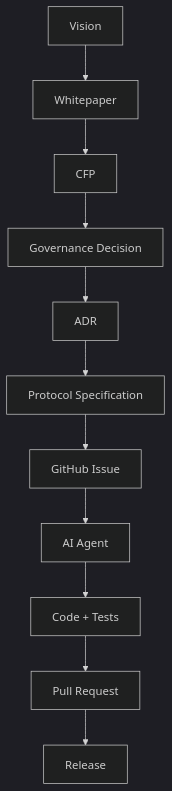
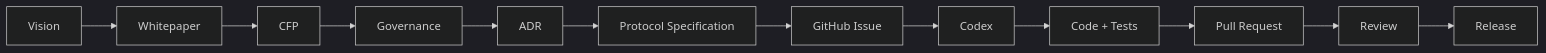
Before and after one commit to ShigeichiroYamasaki/creator-first-platform: the fifth of 5 diagrams in docs/index.md, drawn with Mermaid (dark theme). The commit also changed other lines of this file and 1 other file, not shown here.

````diff
--- a/docs/index.md
+++ b/docs/index.md
@@ -163,16 +225,17 @@
 ```mermaid
-flowchart TD
+flowchart LR
     VISION[Vision]
     WP[Whitepaper]
     CFP[CFP]
-    GOV[Governance Decision]
+    GOV[Governance]
     ADR[ADR]
     SPEC[Protocol Specification]
     ISSUE[GitHub Issue]
-    AI[AI Agent]
+    AI[Codex]
     CODE[Code + Tests]
     PR[Pull Request]
+    REVIEW[Review]
     RELEASE[Release]
 
-    VISION --> WP --> CFP --> GOV --> ADR --> SPEC --> ISSUE --> AI --> CODE --> PR --> RELEASE
+    VISION --> WP --> CFP --> GOV --> ADR --> SPEC --> ISSUE --> AI --> CODE --> PR --> REVIEW --> RELEASE
 ```
````
